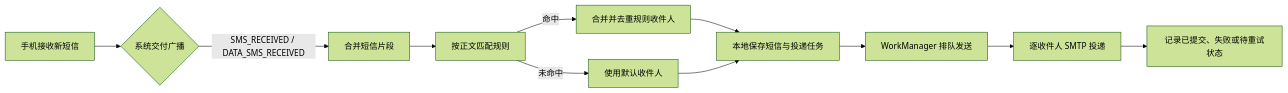
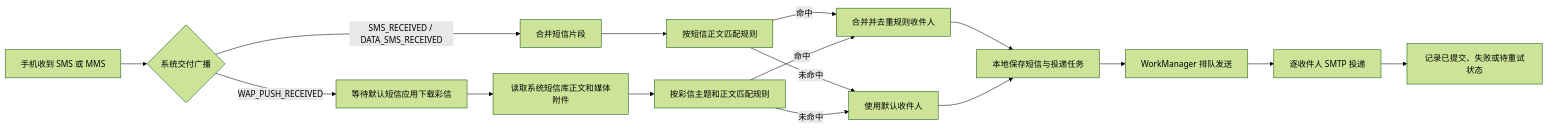
The diagram in docs/PROJECT-GUIDE.md (MasenTT/SmsMailForwarder), drawn with Mermaid (forest theme) before and after one commit. The commit also changed other lines of this file and 20 other files, not shown here.

````diff
--- a/docs/PROJECT-GUIDE.md
+++ b/docs/PROJECT-GUIDE.md
@@ -16,13 +16,18 @@
 ```mermaid
 flowchart LR
-    A[手机接收新短信] --> B{系统交付广播}
+    A[手机收到 SMS 或 MMS] --> B{系统交付广播}
     B -->|SMS_RECEIVED / DATA_SMS_RECEIVED| C[合并短信片段]
-    C --> D[按正文匹配规则]
+    B -->|WAP_PUSH_RECEIVED| M[等待默认短信应用下载彩信]
+    M --> N[读取系统短信库正文和媒体附件]
+    C --> D[按短信正文匹配规则]
+    N --> D2[按彩信主题和正文匹配规则]
     D -->|命中| E[合并并去重规则收件人]
+    D2 -->|命中| E
     D -->|未命中| F[使用默认收件人]
+    D2 -->|未命中| F
     E --> G[本地保存短信与投递任务]
     F --> G
     G --> H[WorkManager 排队发送]
     H --> I[逐收件人 SMTP 投递]
     I --> J[记录已提交、失败或待重试状态]
 ```
````
